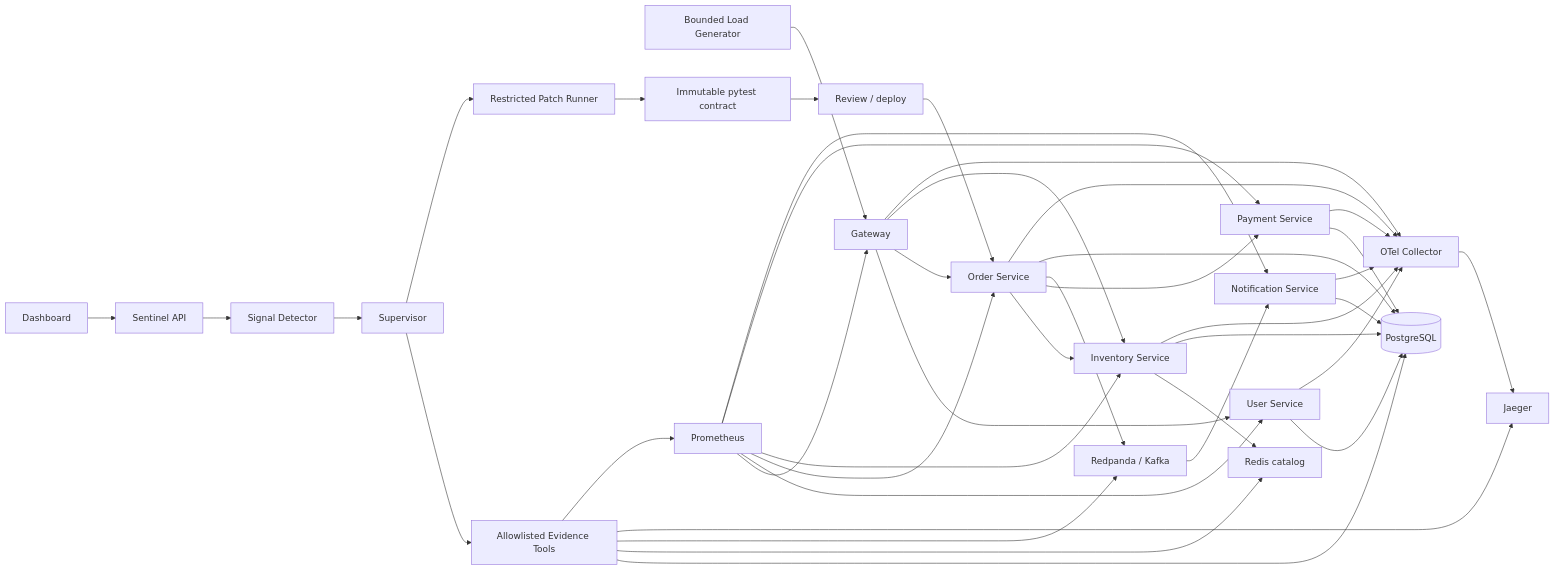
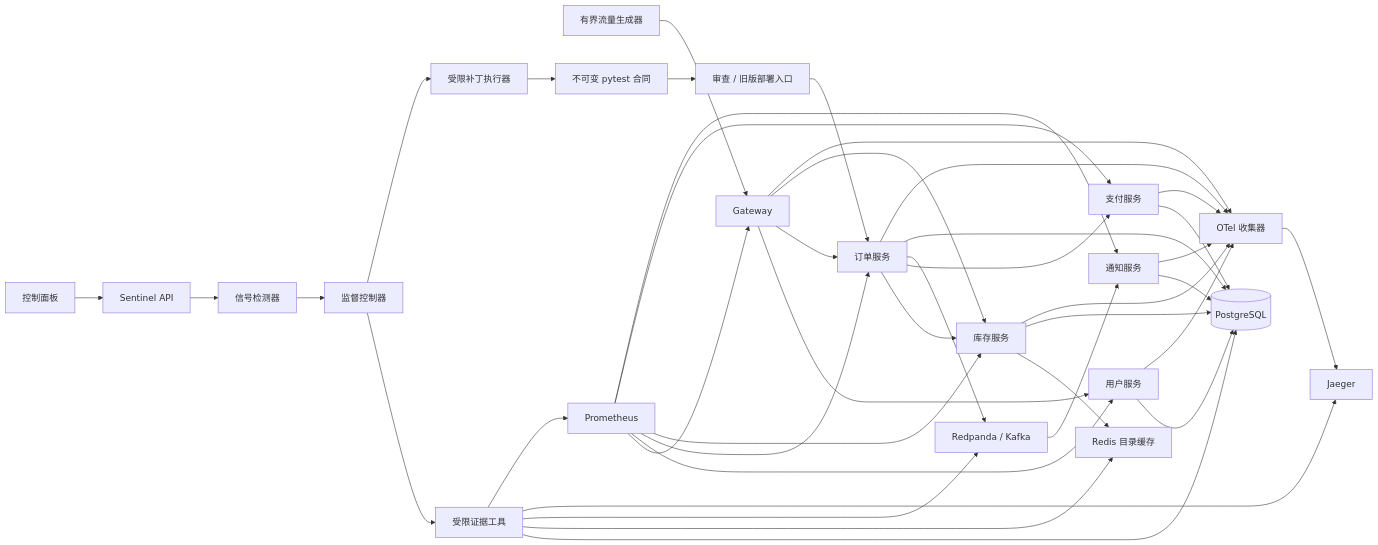
Before and after one commit to tangwencan666/Project-Sentinel: the diagram in docs/architecture.md, drawn with Mermaid. The commit also changed other lines of this file and 68 other files, not shown here.

````diff
--- a/docs/architecture.md
+++ b/docs/architecture.md
@@ -5,25 +5,25 @@
 ```mermaid
 flowchart LR
-  L[Bounded Load Generator] --> G[Gateway]
-  G --> U[User Service]
-  G --> O[Order Service]
-  G --> I[Inventory Service]
+  L["有界流量生成器"] --> G[Gateway]
+  G --> U["用户服务"]
+  G --> O["订单服务"]
+  G --> I["库存服务"]
   O --> I
-  O --> P[Payment Service]
+  O --> P["支付服务"]
   O --> K[Redpanda / Kafka]
-  K --> N[Notification Service]
-  I --> R[Redis catalog]
+  K --> N["通知服务"]
+  I --> R["Redis 目录缓存"]
   U & O & I & P & N --> DB[(PostgreSQL)]
-  G & U & O & I & P & N --> OT[OTel Collector]
+  G & U & O & I & P & N --> OT["OTel 收集器"]
   OT --> J[Jaeger]
   PR[Prometheus] --> G & U & O & I & P & N
-  UI[Dashboard] --> C[Sentinel API]
-  C --> D[Signal Detector]
-  D --> A[Supervisor]
-  A --> T[Allowlisted Evidence Tools]
+  UI["控制面板"] --> C["Sentinel API"]
+  C --> D["信号检测器"]
+  D --> A["监督控制器"]
+  A --> T["受限证据工具"]
   T --> DB & R & K & J & PR
-  A --> PATCH[Restricted Patch Runner]
-  PATCH --> TEST[Immutable pytest contract]
-  TEST --> REVIEW[Review / deploy]
+  A --> PATCH["受限补丁执行器"]
+  PATCH --> TEST["不可变 pytest 合同"]
+  TEST --> REVIEW["审查 / 旧版部署入口"]
   REVIEW --> O
 ```
````
